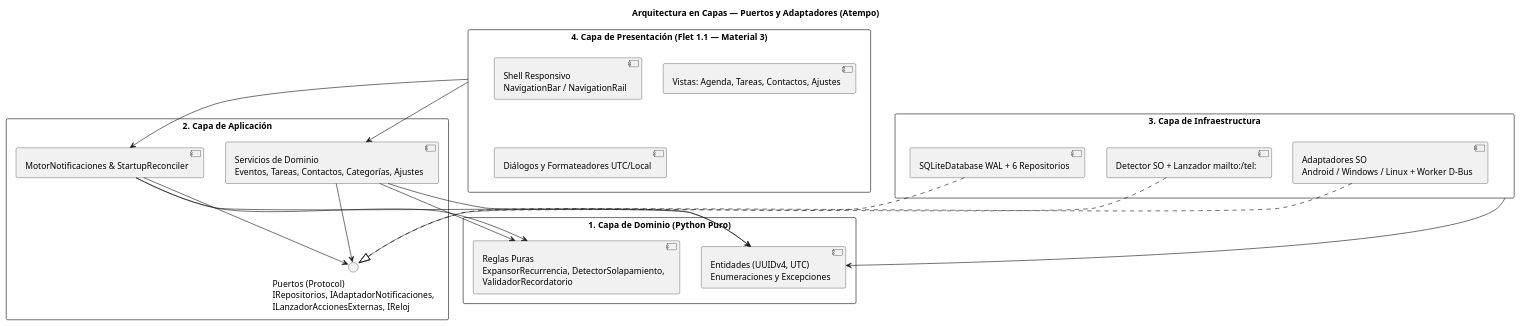
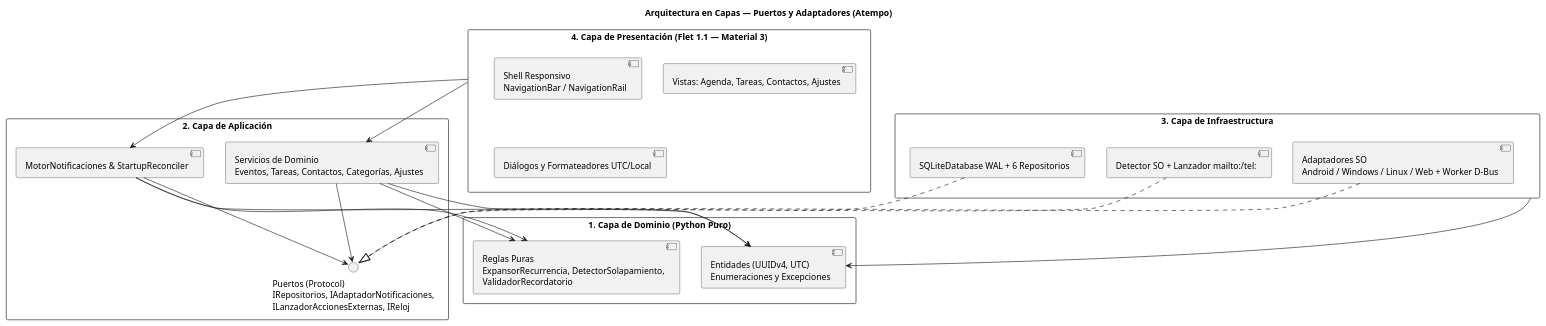
Before and after one commit to JoelCOsorio/Agenda-Personal: the second of 8 diagrams in docs/reporte_proyecto.md, drawn with PlantUML. The commit also changed other lines of this file and 11 other files, not shown here.

````diff
--- a/docs/reporte_proyecto.md
+++ b/docs/reporte_proyecto.md
@@ -142,43 +150,43 @@
 ```plantuml
 @startuml
 title Arquitectura en Capas — Puertos y Adaptadores (Atempo)
 skinparam packageStyle rectangle
 
 package "4. Capa de Presentación (Flet 1.1 — Material 3)" as Pres {
   [Shell Responsivo\nNavigationBar / NavigationRail] as Shell
   [Vistas: Agenda, Tareas, Contactos, Ajustes] as Vistas
   [Diálogos y Formateadores UTC/Local] as Dialogos
 }
 
 package "2. Capa de Aplicación" as App {
   [Servicios de Dominio\nEventos, Tareas, Contactos, Categorías, Ajustes] as Svc
   [MotorNotificaciones & StartupReconciler] as Motor
   interface "Puertos (Protocol)\nIRepositorios, IAdaptadorNotificaciones,\nILanzadorAccionesExternas, IReloj" as Ports
 }
 
 package "1. Capa de Dominio (Python Puro)" as Dom {
   [Entidades (UUIDv4, UTC)\nEnumeraciones y Excepciones] as Ent
   [Reglas Puras\nExpansorRecurrencia, DetectorSolapamiento,\nValidadorRecordatorio] as Rules
 }
 
 package "3. Capa de Infraestructura" as Infra {
   [SQLiteDatabase WAL + 6 Repositorios] as Sqlite
-  [Adaptadores SO\nAndroid / Windows / Linux + Worker D-Bus] as NotifSO
+  [Adaptadores SO\nAndroid / Windows / Linux / Web + Worker D-Bus] as NotifSO
   [Detector SO + Lanzador mailto:/tel:] as Plat
 }
 
 Pres --> Svc
 Pres --> Motor
 Svc --> Ent
 Svc --> Rules
 Motor --> Ent
 Motor --> Rules
 Svc --> Ports
 Motor --> Ports
 
 Sqlite ..|> Ports
 NotifSO ..|> Ports
 Plat ..|> Ports
 Infra --> Ent
 @enduml
 ```
````
